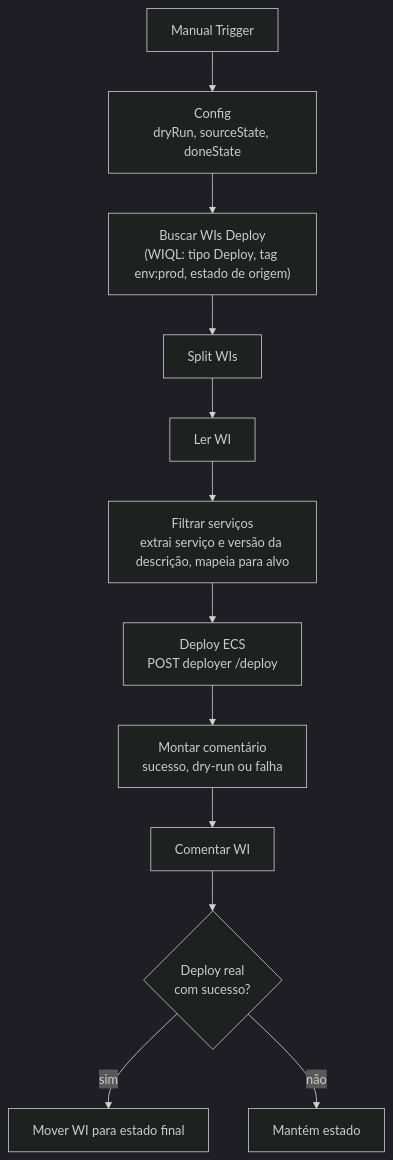
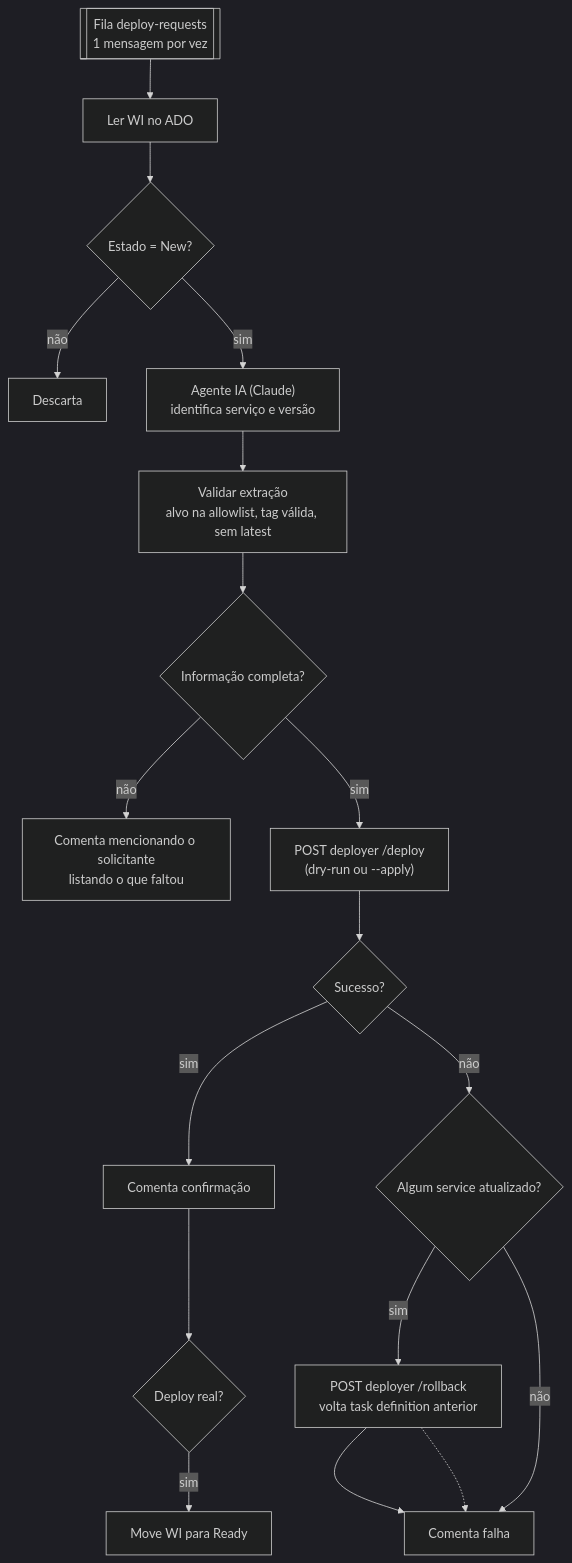
Before and after one commit to diovanibmotta/n8n-deploy-sre: the third of 3 diagrams in README.md, drawn with Mermaid (dark theme). The commit also changed other lines of this file and 10 other files, not shown here.

First line of the commit message:
feat: webhook ADO, fila, worker com agente IA e rollback

````diff
--- a/README.md
+++ b/README.md
@@ -26,13 +42,18 @@
 ```mermaid
 flowchart TD
-  A[Manual Trigger] --> B["Config<br/>dryRun, sourceState, doneState"]
-  B --> C["Buscar WIs Deploy<br/>(WIQL: tipo Deploy, tag env:prod, estado de origem)"]
-  C --> D[Split WIs] --> E[Ler WI]
-  E --> F["Filtrar serviços<br/>extrai serviço e versão da descrição, mapeia para alvo"]
-  F --> G["Deploy ECS<br/>POST deployer /deploy"]
-  G --> H["Montar comentário<br/>sucesso, dry-run ou falha"]
-  H --> I[Comentar WI]
-  I --> J{Deploy real<br/>com sucesso?}
-  J -- sim --> K[Mover WI para estado final]
-  J -- não --> L[Mantém estado]
+  Q[[Fila deploy-requests<br/>1 mensagem por vez]] --> L[Ler WI no ADO]
+  L --> S{Estado = New?}
+  S -- não --> X[Descarta]
+  S -- sim --> AG["Agente IA (Claude)<br/>identifica serviço e versão"]
+  AG --> V["Validar extração<br/>alvo na allowlist, tag válida, sem latest"]
+  V --> C{Informação completa?}
+  C -- não --> M["Comenta mencionando o solicitante<br/>listando o que faltou"]
+  C -- sim --> D["POST deployer /deploy<br/>(dry-run ou --apply)"]
+  D --> K{Sucesso?}
+  K -- sim --> OK["Comenta confirmação"] --> MV{Deploy real?}
+  MV -- sim --> RD[Move WI para Ready]
+  K -- não --> AP{Algum service atualizado?}
+  AP -- sim --> RB["POST deployer /rollback<br/>volta task definition anterior"] --> F
+  AP -- não --> F[Comenta falha]
+  RB -.-> F
 ```
````
